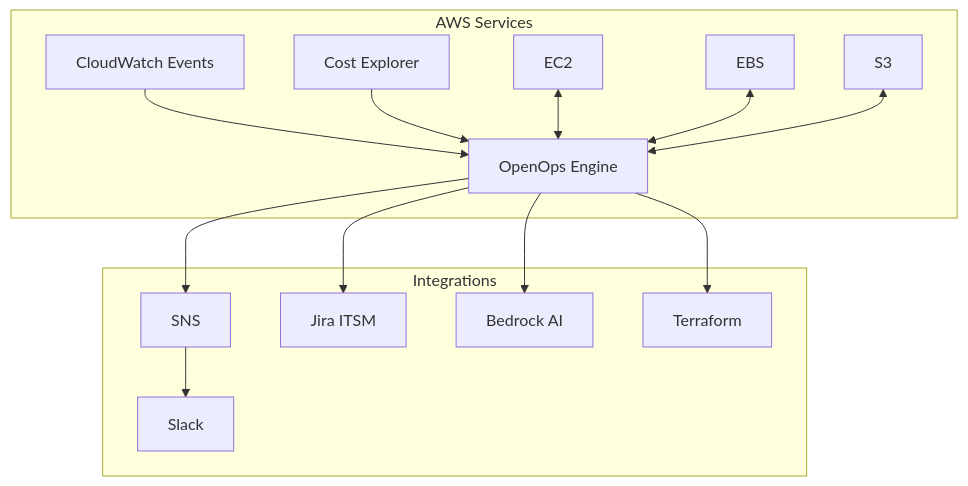
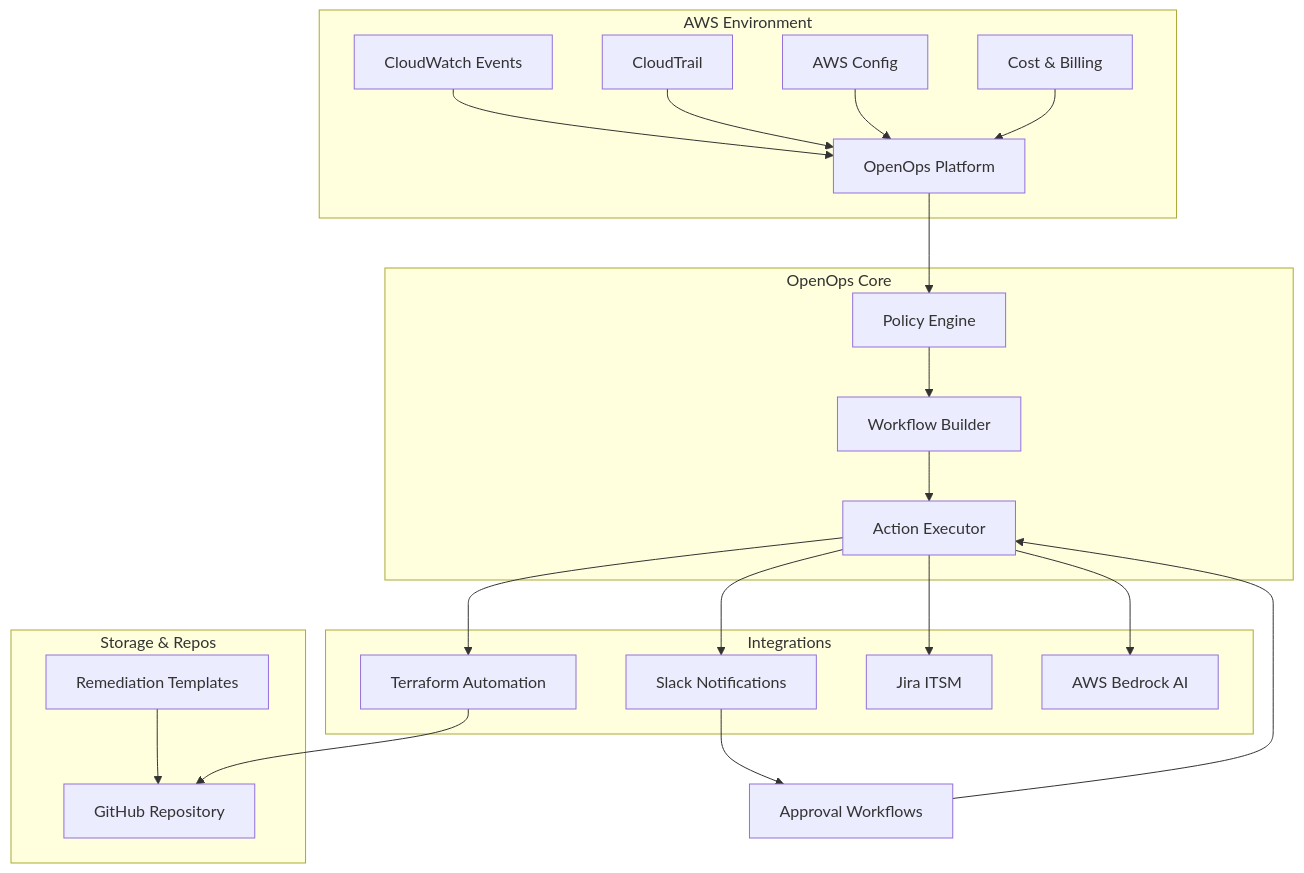
Before and after one commit to glenn-gray/cloudelligent-finops-practice: the second of 3 diagrams in finops/docs/architecture/openops-architecture.md, drawn with Mermaid. The commit also changed other lines of this file, not shown here.

Commit message:
ptimized architecture document, removed verbose sections

````diff
--- a/finops/docs/architecture/openops-architecture.md
+++ b/finops/docs/architecture/openops-architecture.md
@@ -7,17 +35,30 @@
 ```mermaid
 graph TB
-    subgraph "AWS Services"
-        CW[CloudWatch Events] --> OO[OpenOps Engine]
-        CE[Cost Explorer] --> OO
-        EC2[EC2] <--> OO
-        EBS[EBS] <--> OO
-        S3[S3] <--> OO
+    subgraph "AWS Environment"
+        A[CloudWatch Events] --> B[OpenOps Platform]
+        C[CloudTrail] --> B
+        D[AWS Config] --> B
+        E[Cost & Billing] --> B
+    end
+    
+    subgraph "OpenOps Core"
+        B --> F[Policy Engine]
+        F --> G[Workflow Builder]
+        G --> H[Action Executor]
     end
     
     subgraph "Integrations"
-        OO --> SNS[SNS] --> SLACK[Slack]
-        OO --> JIRA[Jira ITSM]
-        OO --> BR[Bedrock AI]
-        OO --> TF[Terraform]
+        H --> I[Terraform Automation]
+        H --> J[Slack Notifications]
+        H --> K[Jira ITSM]
+        H --> L[AWS Bedrock AI]
     end
+    
+    subgraph "Storage & Repos"
+        I --> M[GitHub Repository]
+        N[Remediation Templates] --> M
+    end
+    
+    J --> O[Approval Workflows]
+    O --> H
 ```
````
